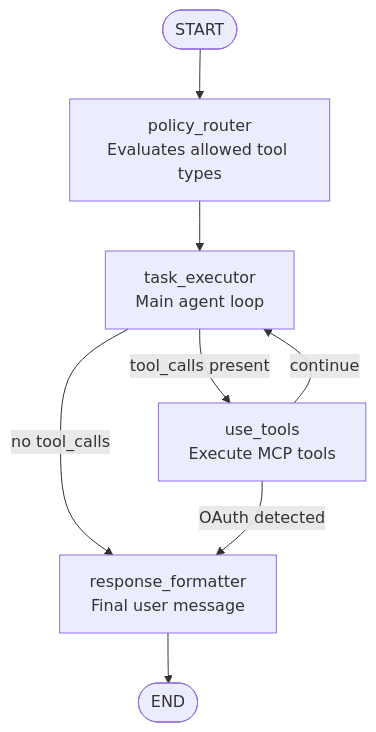
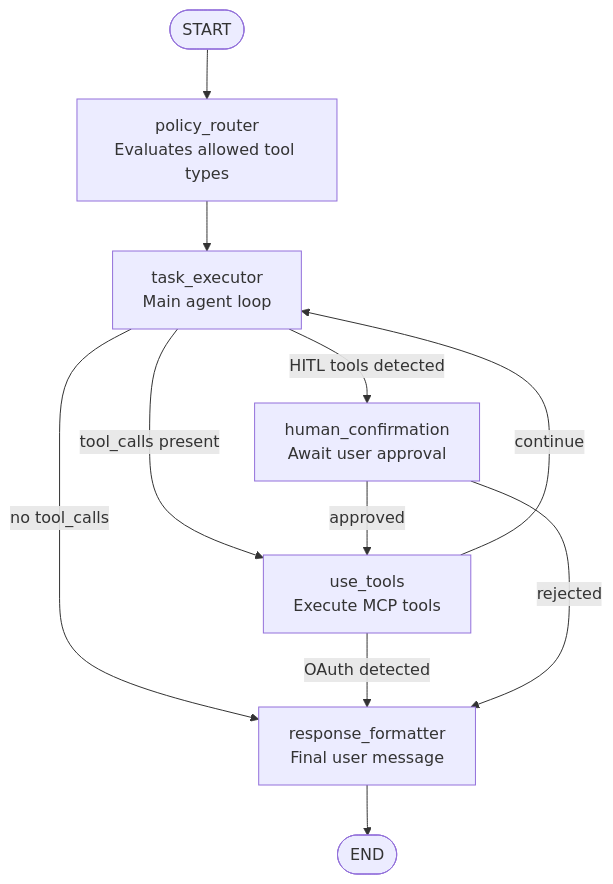
The diagram in README.md (frnnk/msg-agent), drawn with Mermaid before and after one commit. The commit also changed other lines of this file and 10 other files, not shown here.

Commit message:
implemented HITL confirmation for tools with side effects

````diff
--- a/README.md
+++ b/README.md
@@ -7,16 +7,20 @@
 ```mermaid
 flowchart TD
     START([START]) --> policy_router
     policy_router[policy_router<br/>Evaluates allowed tool types] --> task_executor
     task_executor[task_executor<br/>Main agent loop]
 
     task_executor -->|tool_calls present| use_tools
     task_executor -->|no tool_calls| response_formatter
+    task_executor -->|HITL tools detected| human_confirmation
 
     use_tools[use_tools<br/>Execute MCP tools]
+    human_confirmation[human_confirmation<br/>Await user approval]
 
     use_tools -->|OAuth detected| response_formatter
     use_tools -->|continue| task_executor
+    human_confirmation -->|approved| use_tools
+    human_confirmation -->|rejected| response_formatter
 
     response_formatter[response_formatter<br/>Final user message] --> END([END])
 ```
````
